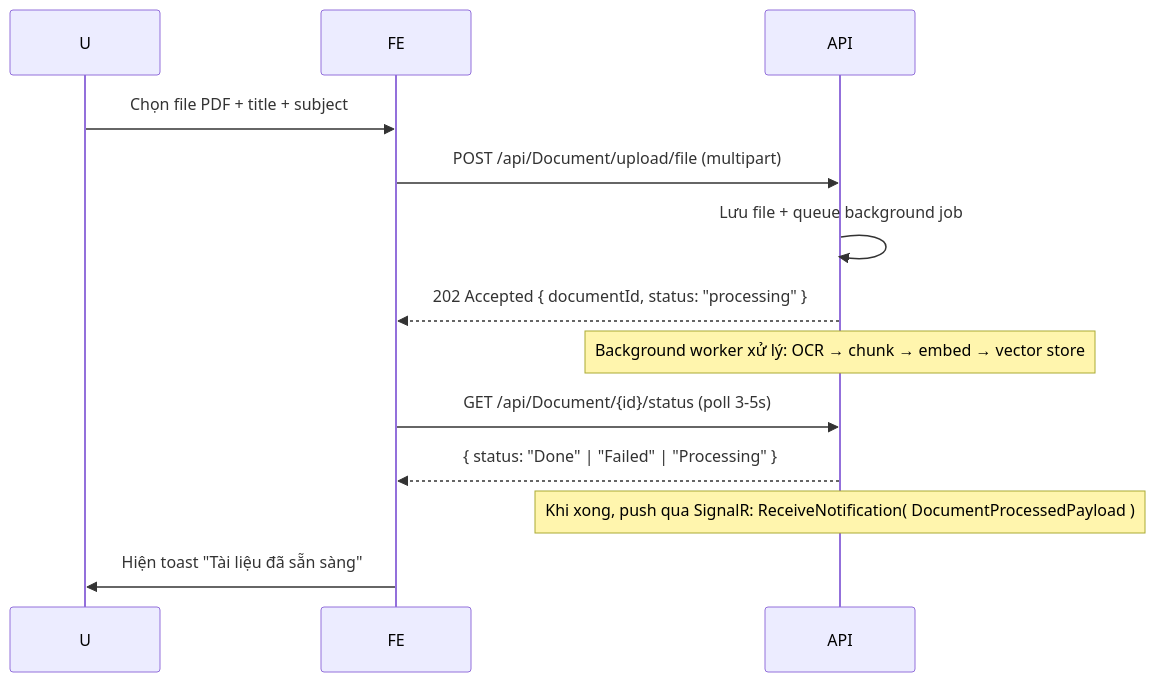
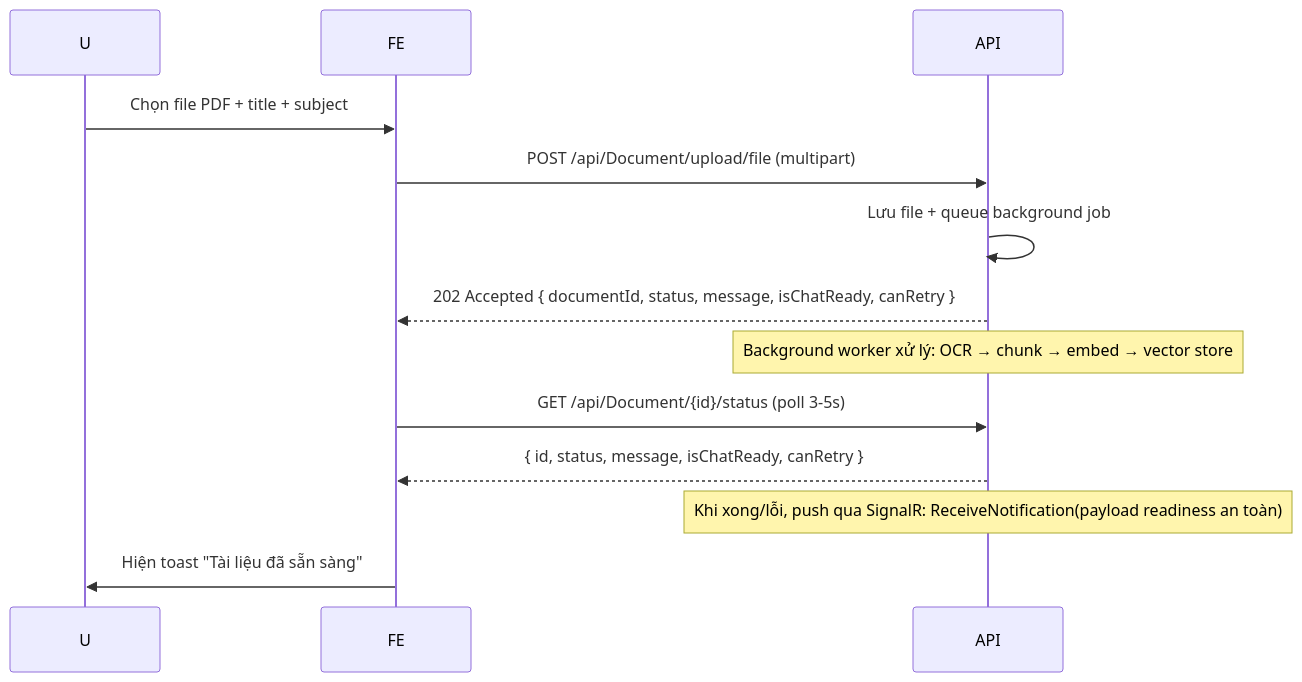
The fourth of 10 diagrams in docs/FRONTEND_GUIDE.md (SWP391-SU26-SE1923-GROUP5/BE-SWP), drawn with Mermaid before and after one commit. The commit also changed other lines of this file and 5 other files, not shown here.

Commit message:
docs: describe document readiness and chat locations

````diff
--- a/docs/FRONTEND_GUIDE.md
+++ b/docs/FRONTEND_GUIDE.md
@@ -131,12 +139,12 @@
 ```mermaid
 sequenceDiagram
     U->>FE: Chọn file PDF + title + subject
     FE->>API: POST /api/Document/upload/file (multipart)
     API->>API: Lưu file + queue background job
-    API-->>FE: 202 Accepted { documentId, status: "processing" }
+    API-->>FE: 202 Accepted { documentId, status, message, isChatReady, canRetry }
     Note over API: Background worker xử lý: OCR → chunk → embed → vector store
     FE->>API: GET /api/Document/{id}/status (poll 3-5s)
-    API-->>FE: { status: "Done" | "Failed" | "Processing" }
-    Note over API: Khi xong, push qua SignalR: ReceiveNotification( DocumentProcessedPayload )
+    API-->>FE: { id, status, message, isChatReady, canRetry }
+    Note over API: Khi xong/lỗi, push qua SignalR: ReceiveNotification(payload readiness an toàn)
     FE->>U: Hiện toast "Tài liệu đã sẵn sàng"
 ```
````
